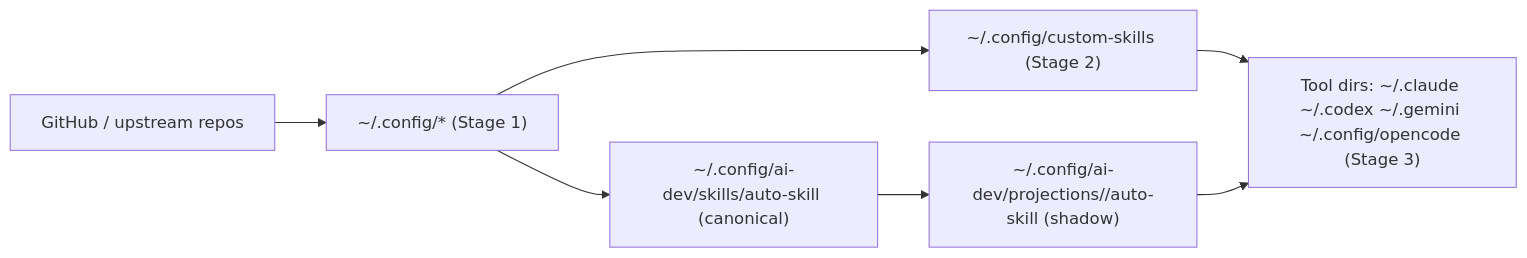
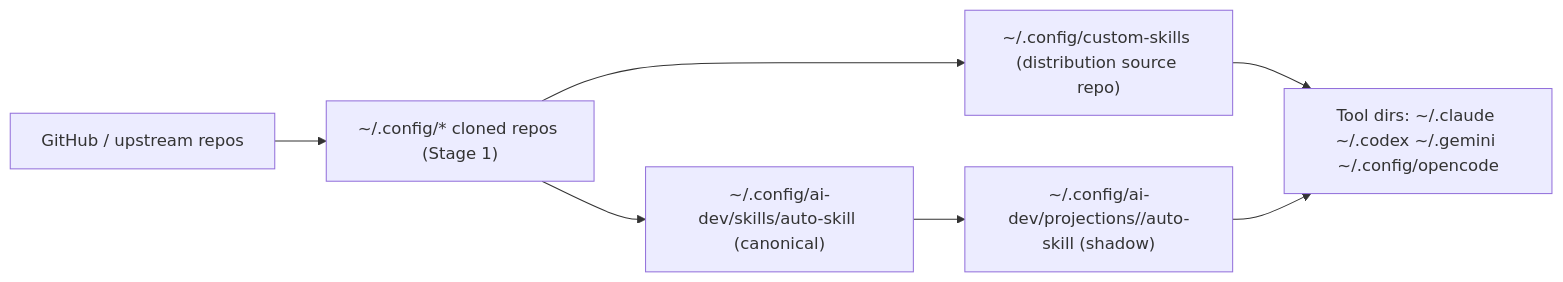
Before and after one commit to ValorVie/custom-skills: the first of 2 diagrams in docs/ai-dev指令與資料流參考.md, drawn with Mermaid. The commit also changed other lines of this file and 11 other files, not shown here.

````diff
--- a/docs/ai-dev指令與資料流參考.md
+++ b/docs/ai-dev指令與資料流參考.md
@@ -41,9 +53,9 @@
 ```mermaid
 flowchart LR
-    A["GitHub / upstream repos"] --> B["~/.config/* (Stage 1)"]
-    B --> C["~/.config/custom-skills (Stage 2)"]
-    C --> D["Tool dirs: ~/.claude ~/.codex ~/.gemini ~/.config/opencode (Stage 3)"]
+    A["GitHub / upstream repos"] --> B["~/.config/* cloned repos (Stage 1)"]
+    B --> C["~/.config/custom-skills (distribution source repo)"]
+    C --> D["Tool dirs: ~/.claude ~/.codex ~/.gemini ~/.config/opencode"]
     B --> E["~/.config/ai-dev/skills/auto-skill (canonical)"]
     E --> F["~/.config/ai-dev/projections/<target>/auto-skill (shadow)"]
     F --> D
 ```
````
